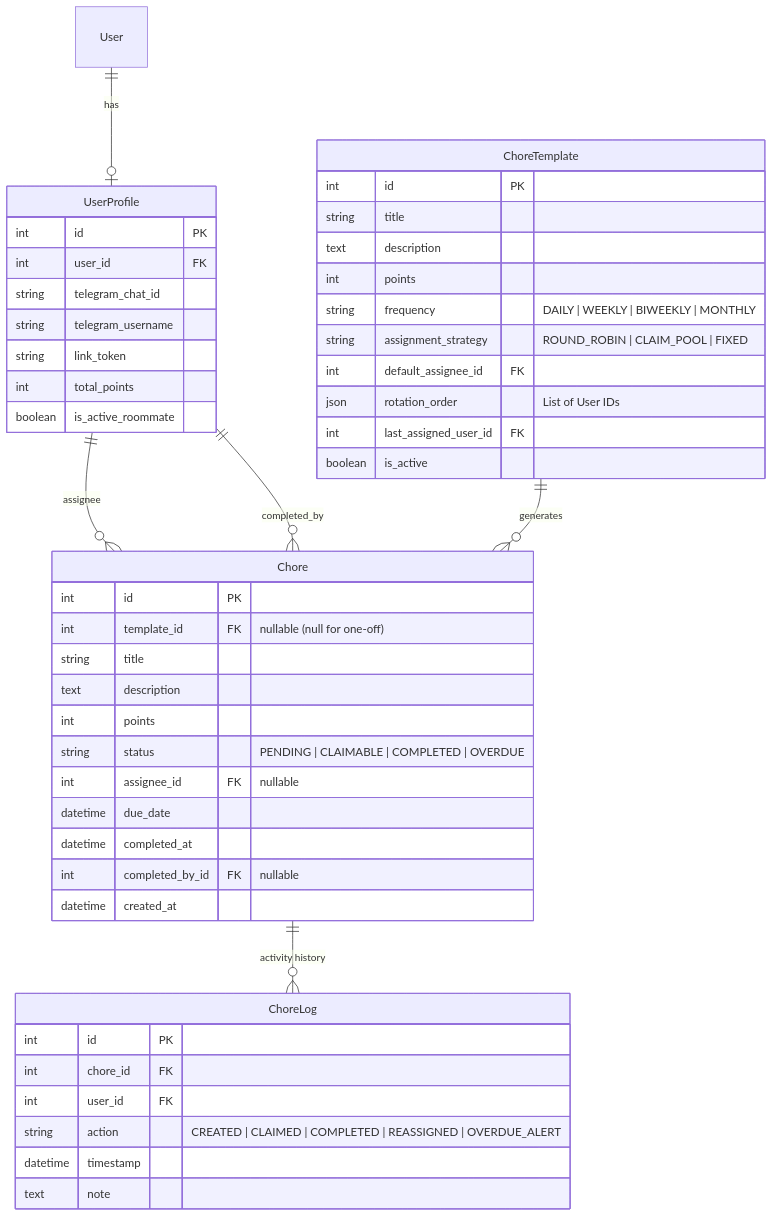
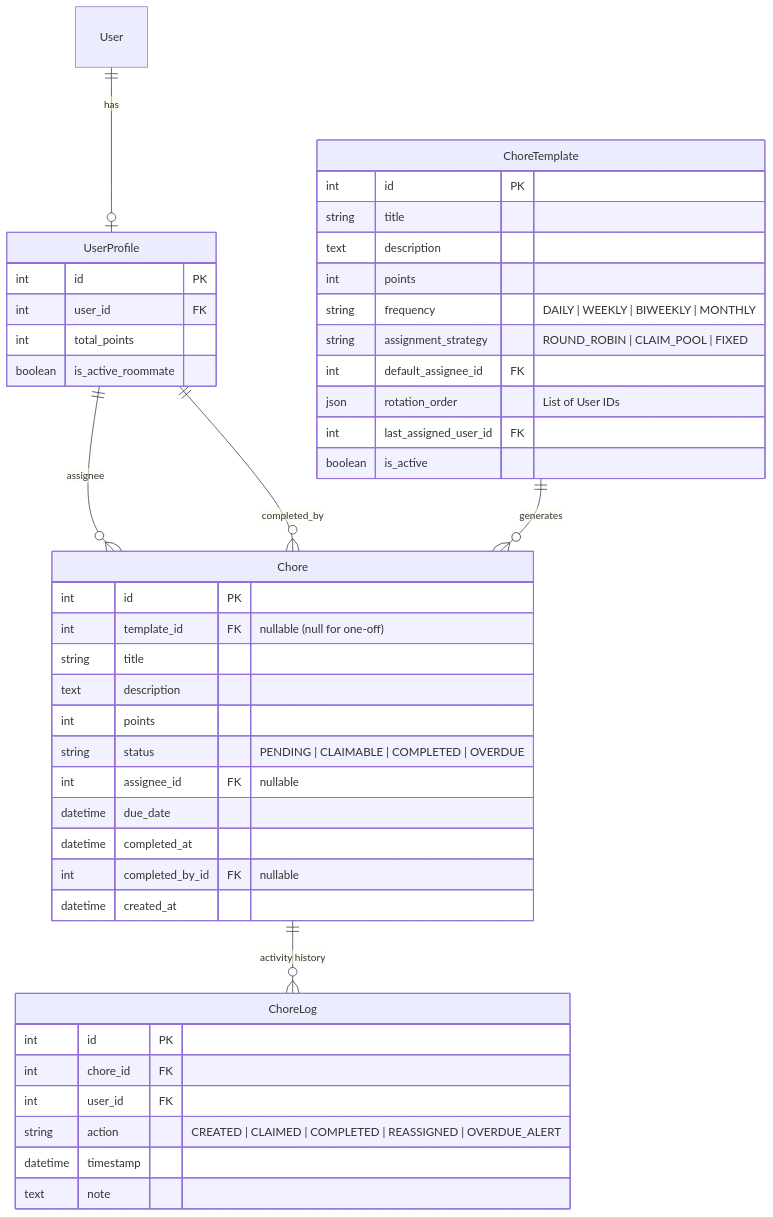
The diagram in _docs/plan.md (ivazin/ai-dev-tools-zoomcamp-hw01), drawn with Mermaid before and after one commit. The commit also changed other lines of this file and 1 other file, not shown here.

````diff
--- a/_docs/plan.md
+++ b/_docs/plan.md
@@ -46,54 +50,51 @@
 ```mermaid
 erDiagram
     User ||--o| UserProfile : "has"
     UserProfile ||--o{ Chore : "assignee"
     UserProfile ||--o{ Chore : "completed_by"
     ChoreTemplate ||--o{ Chore : "generates"
     Chore ||--o{ ChoreLog : "activity history"
 
     UserProfile {
         int id PK
         int user_id FK
-        string telegram_chat_id
-        string telegram_username
-        string link_token
         int total_points
         boolean is_active_roommate
     }
 
     ChoreTemplate {
         int id PK
         string title
         text description
         int points
         string frequency "DAILY | WEEKLY | BIWEEKLY | MONTHLY"
         string assignment_strategy "ROUND_ROBIN | CLAIM_POOL | FIXED"
         int default_assignee_id FK
         json rotation_order "List of User IDs"
         int last_assigned_user_id FK
         boolean is_active
     }
 
     Chore {
         int id PK
         int template_id FK "nullable (null for one-off)"
         string title
         text description
         int points
         string status "PENDING | CLAIMABLE | COMPLETED | OVERDUE"
         int assignee_id FK "nullable"
         datetime due_date
         datetime completed_at
         int completed_by_id FK "nullable"
         datetime created_at
     }
 
     ChoreLog {
         int id PK
         int chore_id FK
         int user_id FK
         string action "CREATED | CLAIMED | COMPLETED | REASSIGNED | OVERDUE_ALERT"
         datetime timestamp
         text note
     }
 ```
````
